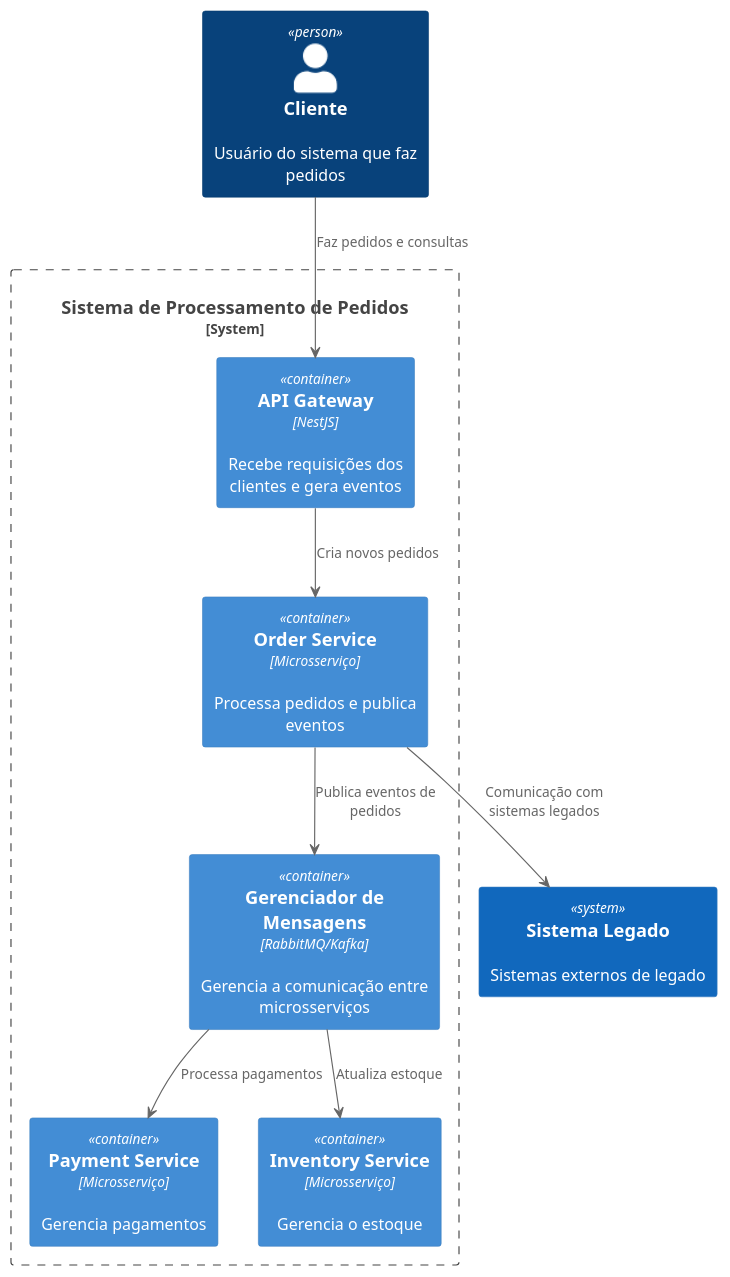
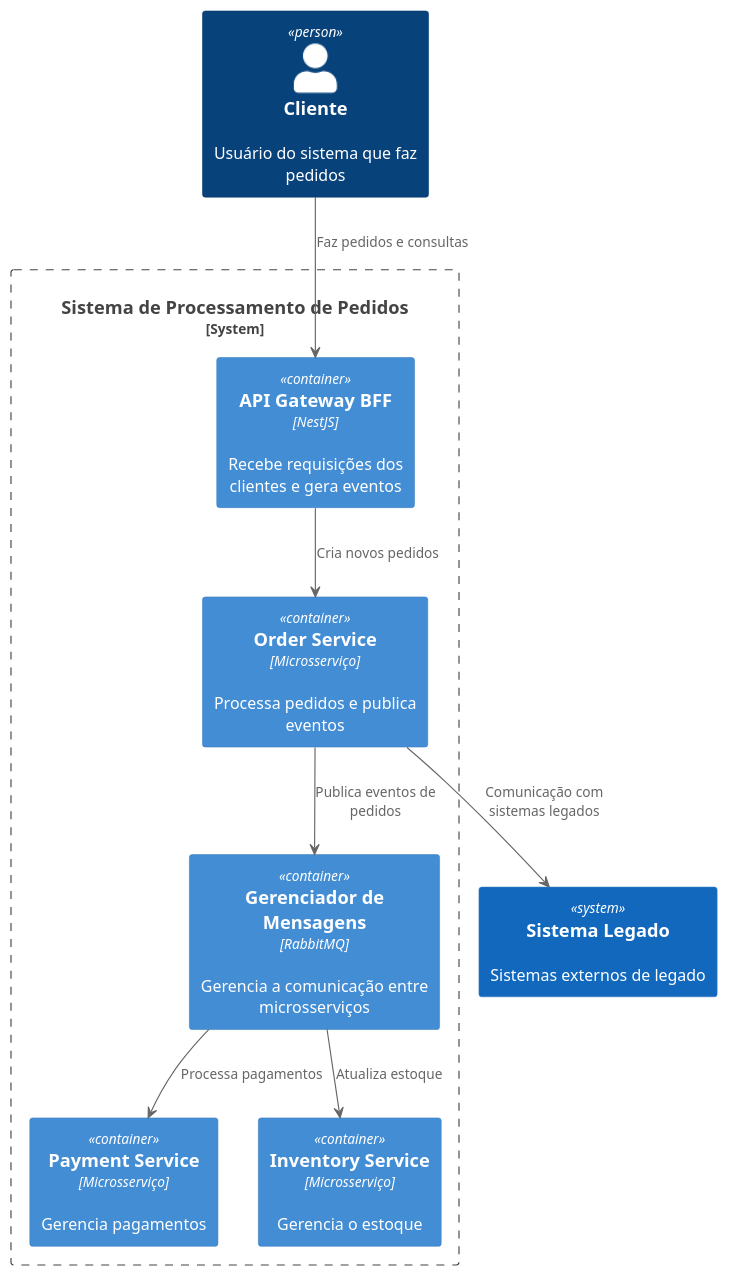
Before and after one commit to jnerydesigner/Bemol: the diagram in n1-context.plantuml, drawn with PlantUML. The commit also changed 8 other files, not shown here.

```diff
--- a/n1-context.plantuml
+++ b/n1-context.plantuml
@@ -1,24 +1,24 @@
 @startuml Context
 !include https://raw.githubusercontent.com/plantuml-stdlib/C4-PlantUML/master/C4_Container.puml
 
 Person(cliente, "Cliente", "Usuário do sistema que faz pedidos")
 
 System(legacySystem, "Sistema Legado", "Sistemas externos de legado")
 
 System_Boundary(spp_boundary, "Sistema de Processamento de Pedidos") {
-  Container(apiGateway, "API Gateway", "NestJS", "Recebe requisições dos clientes e gera eventos")
+  Container(apiGateway, "API Gateway BFF", "NestJS", "Recebe requisições dos clientes e gera eventos")
   Container(orderService, "Order Service", "Microsserviço", "Processa pedidos e publica eventos")
-  Container(messageBroker, "Gerenciador de Mensagens", "RabbitMQ/Kafka", "Gerencia a comunicação entre microsserviços")
+  Container(messageBroker, "Gerenciador de Mensagens", "RabbitMQ", "Gerencia a comunicação entre microsserviços")
   Container(paymentService, "Payment Service", "Microsserviço", "Gerencia pagamentos")
   Container(inventoryService, "Inventory Service", "Microsserviço", "Gerencia o estoque")
 }
 
 cliente --> apiGateway : "Faz pedidos e consultas"
 apiGateway --> orderService : "Cria novos pedidos"
 orderService --> messageBroker : "Publica eventos de pedidos"
 messageBroker --> paymentService : "Processa pagamentos"
 messageBroker --> inventoryService : "Atualiza estoque"
 orderService --> legacySystem : "Comunicação com sistemas legados"
 
 
 @enduml
```
